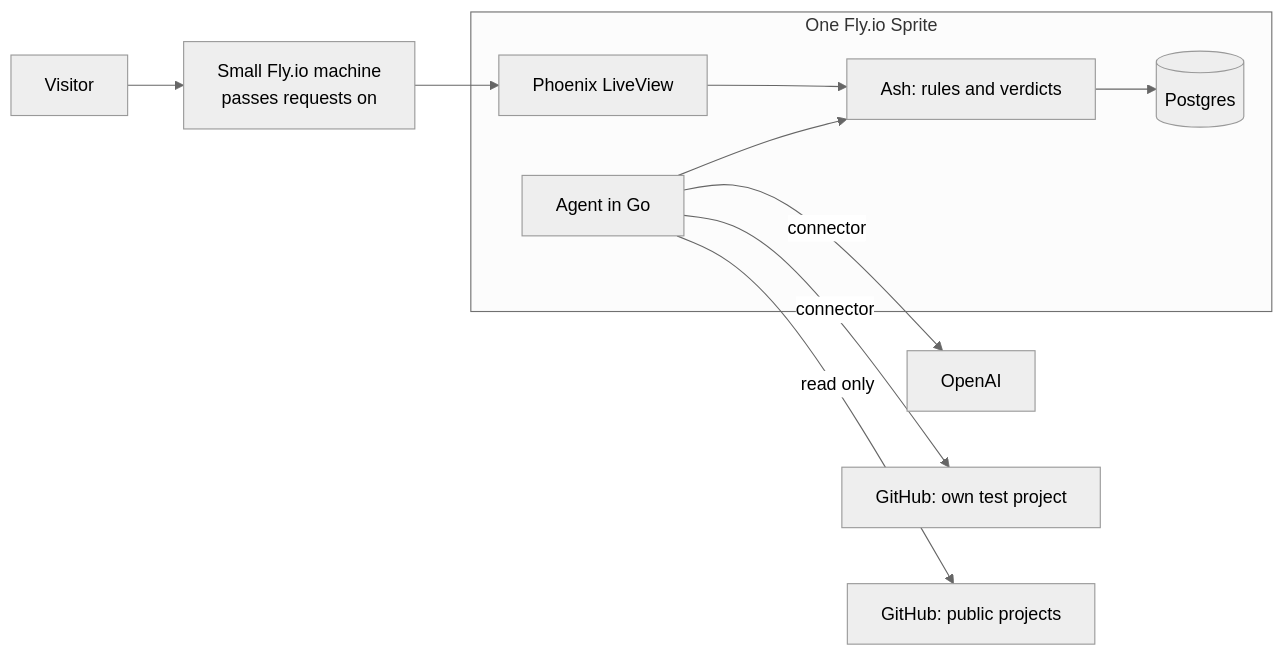
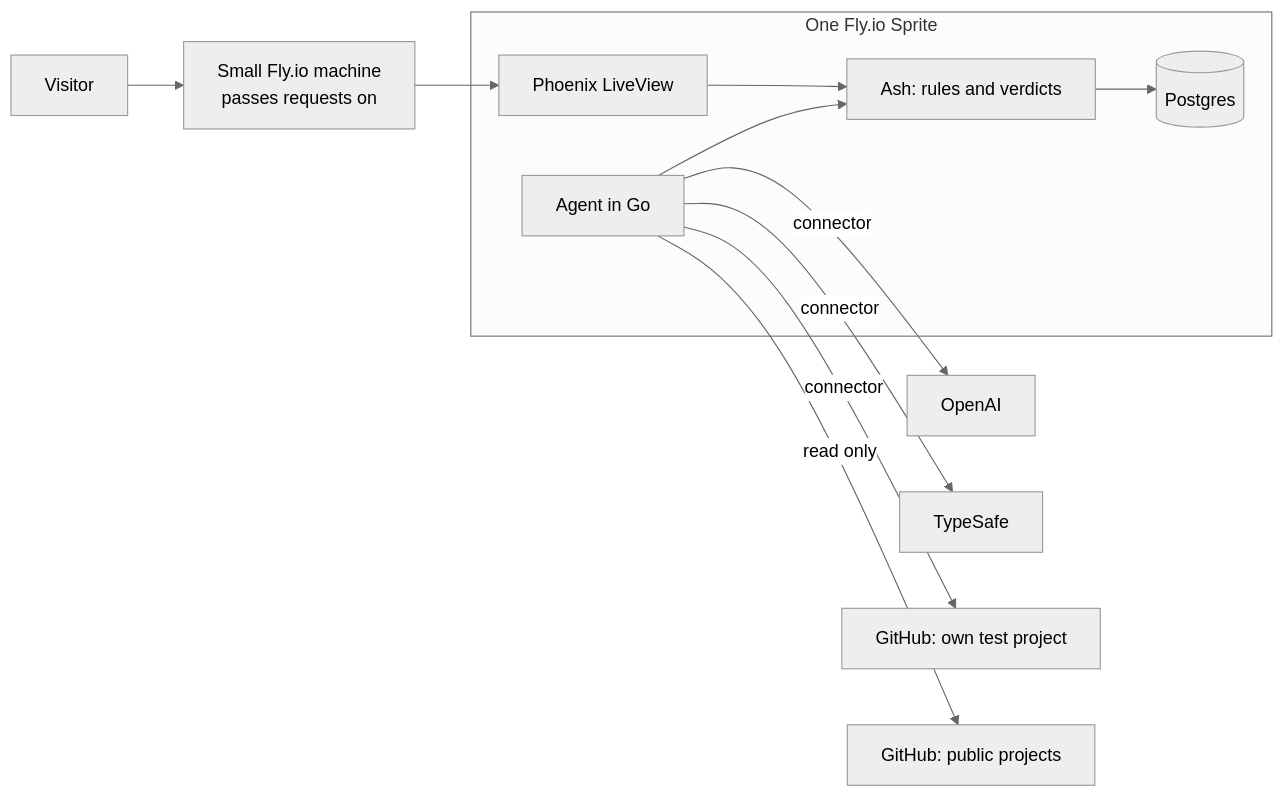
Before and after one commit to pikespeak/builddoctor-agent: the diagram in README.md, drawn with Mermaid (neutral theme). The commit also changed other lines of this file and 26 other files, not shown here.

First line of the commit message:
Add Jev by TypeSafe as fact-checker and link the film

````diff
--- a/README.md
+++ b/README.md
@@ -55,13 +57,14 @@
 ```mermaid
 flowchart LR
   V[Visitor] --> D[Small Fly.io machine<br>passes requests on]
   subgraph S[One Fly.io Sprite]
     P[Phoenix LiveView] --> A[Ash: rules and verdicts]
     A --> DB[(Postgres)]
     G[Agent in Go] --> A
   end
   D --> P
   G -->|connector| O[OpenAI]
+  G -->|connector| J[TypeSafe]
   G -->|connector| T[GitHub: own test project]
   G -->|read only| R[GitHub: public projects]
 ```
````
